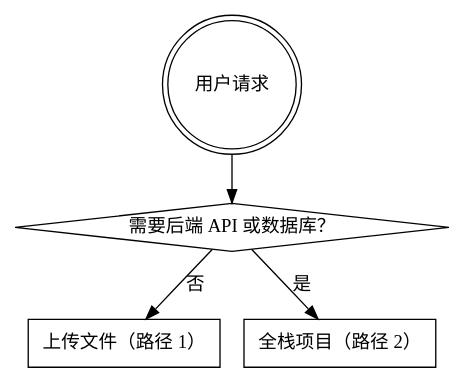
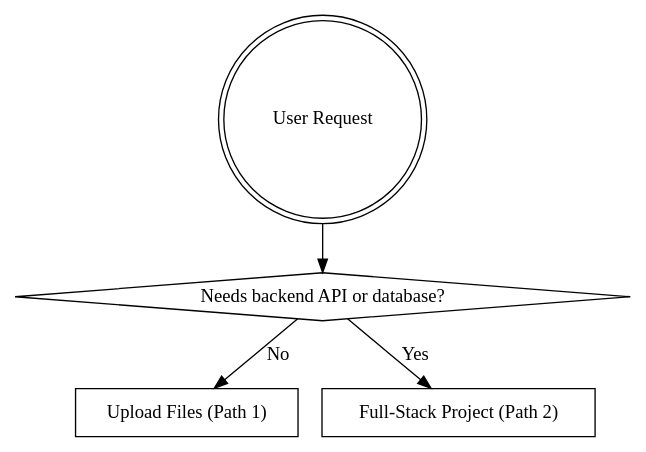
One commit to glitternetwork/pinme changed the first of 3 diagrams in skills/pinme/SKILL.md. Above: the diagram before and after it, drawn with Graphviz. The commit also changed other lines of this file and 1 other file, not shown here.

````diff
--- a/skills/pinme/SKILL.md
+++ b/skills/pinme/SKILL.md
@@ -12,12 +12,12 @@
 ```dot
 digraph pinme_decision {
-    "用户请求" [shape=doublecircle];
-    "需要后端 API 或数据库？" [shape=diamond];
-    "上传文件（路径 1）" [shape=box];
-    "全栈项目（路径 2）" [shape=box];
+    "User Request" [shape=doublecircle];
+    "Needs backend API or database?" [shape=diamond];
+    "Upload Files (Path 1)" [shape=box];
+    "Full-Stack Project (Path 2)" [shape=box];
 
-    "用户请求" -> "需要后端 API 或数据库？";
-    "需要后端 API 或数据库？" -> "上传文件（路径 1）" [label="否"];
-    "需要后端 API 或数据库？" -> "全栈项目（路径 2）" [label="是"];
+    "User Request" -> "Needs backend API or database?";
+    "Needs backend API or database?" -> "Upload Files (Path 1)" [label="No"];
+    "Needs backend API or database?" -> "Full-Stack Project (Path 2)" [label="Yes"];
 }
 ```
````
